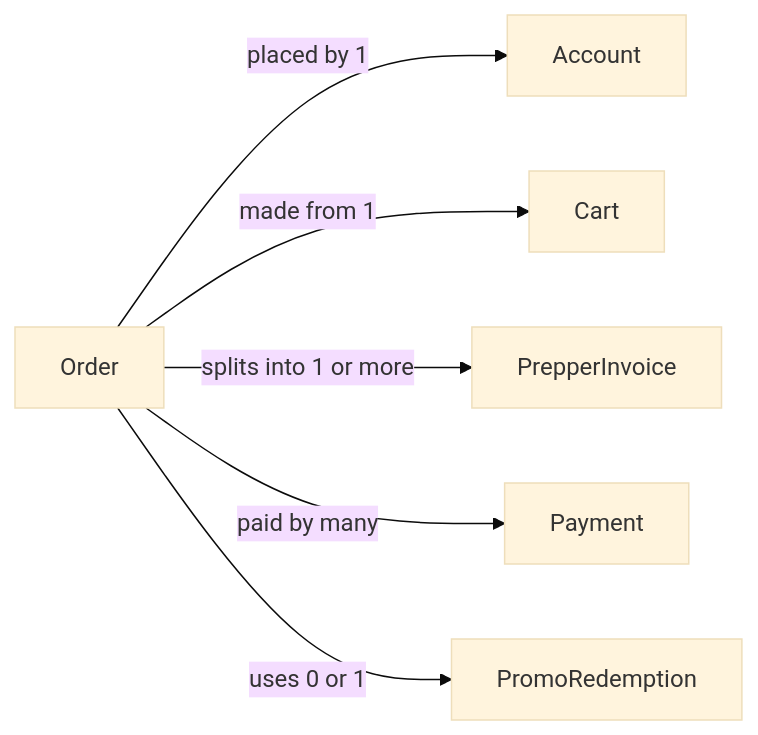
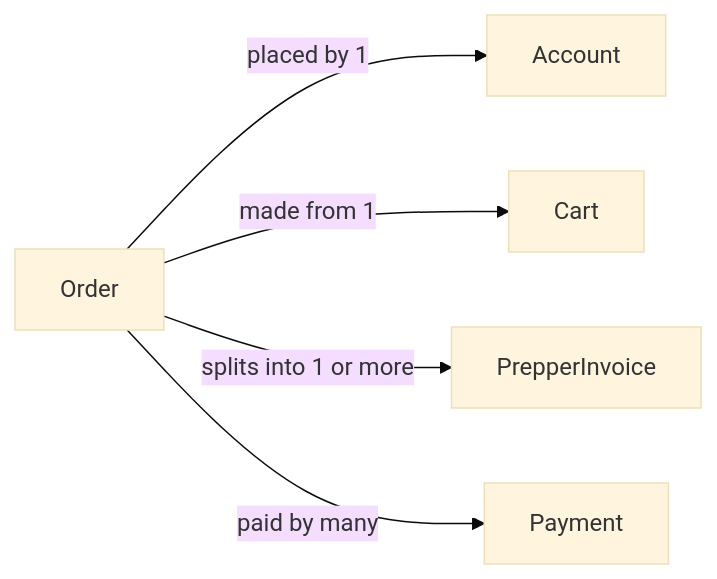
Before and after one commit to rachelwong/preppers: the diagram in docs/data-model/entities/order.md, drawn with Mermaid (base theme). The commit also changed other lines of this file and 18 other files, not shown here.

````diff
--- a/docs/data-model/entities/order.md
+++ b/docs/data-model/entities/order.md
@@ -20,8 +19,7 @@
 ```mermaid
 flowchart LR
   O[Order] -->|"placed by 1"| A[Account]
   O -->|"made from 1"| C[Cart]
   O -->|"splits into 1 or more"| I[PrepperInvoice]
   O -->|"paid by many"| PM[Payment]
-  O -->|"uses 0 or 1"| PR[PromoRedemption]
 ```
````
